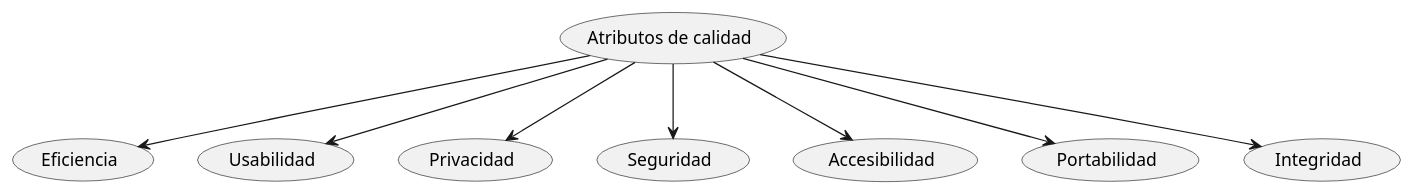
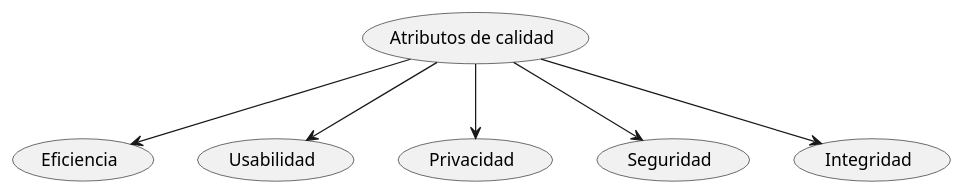
One commit to Arquisoft/dede_es4c changed the diagram in docs/10_quality_scenarios.adoc. Above: the diagram before and after it, drawn with PlantUML. The commit also changed other lines of this file and 5 other files, not shown here.

```diff
--- a/docs/10_quality_scenarios.adoc
+++ b/docs/10_quality_scenarios.adoc
@@ -8,10 +8,8 @@
 [plantuml,"qualityTree2",png]
 ----
 (Atributos de calidad) --> (Eficiencia)
 (Atributos de calidad) --> (Usabilidad)
 (Atributos de calidad) --> (Privacidad)
 (Atributos de calidad) --> (Seguridad)
-(Atributos de calidad) --> (Accesibilidad)
-(Atributos de calidad) --> (Portabilidad)
 (Atributos de calidad) --> (Integridad)
 ----
```
